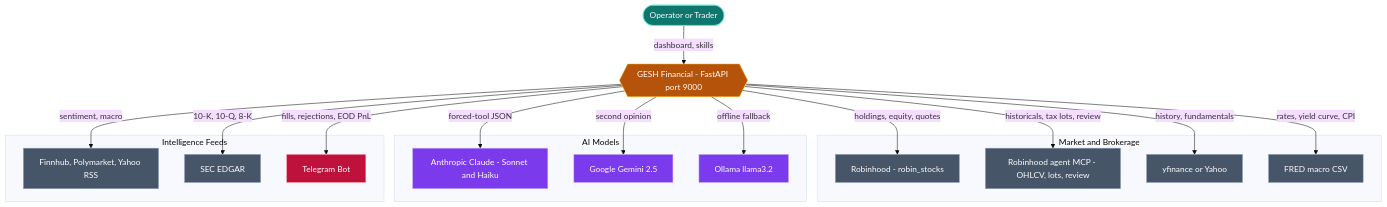
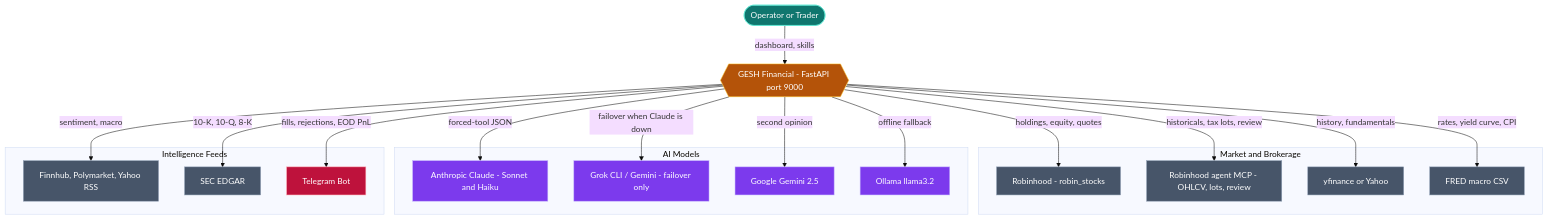
One commit to gesh75/Gesh-Project changed the first of 8 diagrams in docs/ARCHITECTURE.md. Above: the diagram before and after it, drawn with Mermaid (base theme). The commit also changed other lines of this file and 4 other files, not shown here.

First line of the commit message:
docs: document Grok/Gemini LLM failover in operator runbooks

````diff
--- a/docs/ARCHITECTURE.md
+++ b/docs/ARCHITECTURE.md
@@ -33,42 +33,44 @@
 ```mermaid
 flowchart TB
     operator(["Operator or Trader"]):::actor
     gesh{{"GESH Financial - FastAPI port 9000"}}:::core
 
     subgraph MKT["Market and Brokerage"]
         rh["Robinhood - robin_stocks"]:::ext
         mcp["Robinhood agent MCP - OHLCV, lots, review"]:::ext
         yf["yfinance or Yahoo"]:::ext
         fred["FRED macro CSV"]:::ext
     end
 
     subgraph AI["AI Models"]
         claude["Anthropic Claude - Sonnet and Haiku"]:::ai
+        grok["Grok CLI / Gemini - failover only"]:::ai
         gemini["Google Gemini 2.5"]:::ai
         ollama["Ollama llama3.2"]:::ai
     end
 
     subgraph INTEL["Intelligence Feeds"]
         news["Finnhub, Polymarket, Yahoo RSS"]:::ext
         edgar["SEC EDGAR"]:::ext
         tg["Telegram Bot"]:::alert
     end
 
     operator -->|"dashboard, skills"| gesh
     gesh -->|"holdings, equity, quotes"| rh
     gesh -->|"historicals, tax lots, review"| mcp
     gesh -->|"history, fundamentals"| yf
     gesh -->|"rates, yield curve, CPI"| fred
     gesh -->|"forced-tool JSON"| claude
+    gesh -->|"failover when Claude is down"| grok
     gesh -->|"second opinion"| gemini
     gesh -->|"offline fallback"| ollama
     gesh -->|"sentiment, macro"| news
     gesh -->|"10-K, 10-Q, 8-K"| edgar
     gesh -->|"fills, rejections, EOD PnL"| tg
 
     classDef actor  fill:#0f766e,stroke:#5eead4,color:#fff
     classDef core   fill:#b45309,stroke:#fbbf24,color:#fff
     classDef ai     fill:#7c3aed,stroke:#c4b5fd,color:#fff
     classDef ext    fill:#475569,stroke:#94a3b8,color:#fff
     classDef alert  fill:#be123c,stroke:#fda4af,color:#fff
 ```
````
